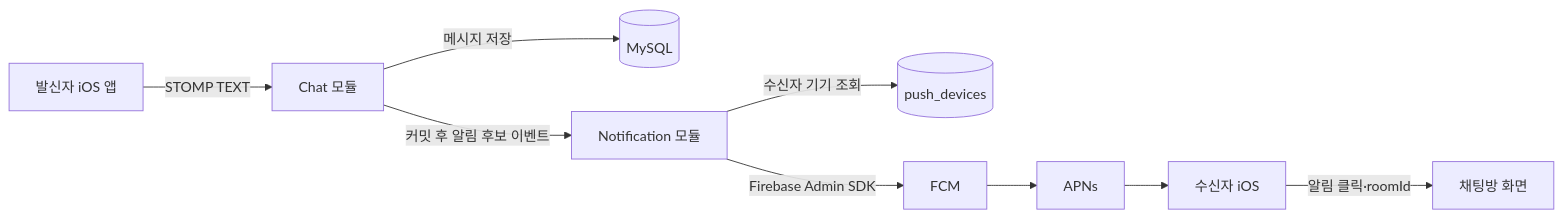
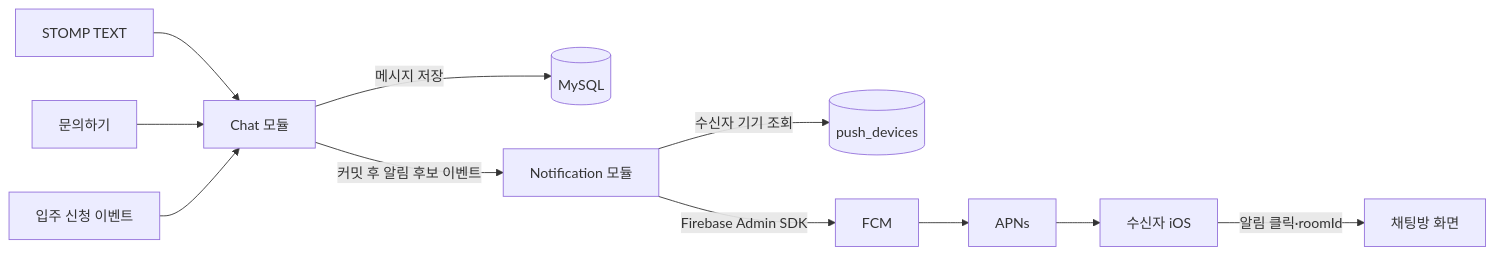
The diagram in docs/architecture/chat/future/06-chat-notifications.md (jameskim9509/Kohere-backend), drawn with Mermaid before and after one commit. The commit also changed other lines of this file and 30 other files, not shown here.

````diff
--- a/docs/architecture/chat/future/06-chat-notifications.md
+++ b/docs/architecture/chat/future/06-chat-notifications.md
@@ -82,11 +90,13 @@
 ```mermaid
 flowchart LR
-    SENDER[발신자 iOS 앱] -->|STOMP TEXT| CHAT[Chat 모듈]
+    TEXT[STOMP TEXT] --> CHAT[Chat 모듈]
+    INQUIRY[문의하기] --> CHAT
+    BOOKING[입주 신청 이벤트] --> CHAT
     CHAT -->|메시지 저장| DB[(MySQL)]
     CHAT -->|커밋 후 알림 후보 이벤트| NOTIFICATION[Notification 모듈]
     NOTIFICATION -->|수신자 기기 조회| DEVICES[(push_devices)]
     NOTIFICATION -->|Firebase Admin SDK| FCM[FCM]
     FCM --> APNS[APNs]
     APNS --> RECEIVER[수신자 iOS]
     RECEIVER -->|알림 클릭·roomId| ROOM[채팅방 화면]
 ```
````
